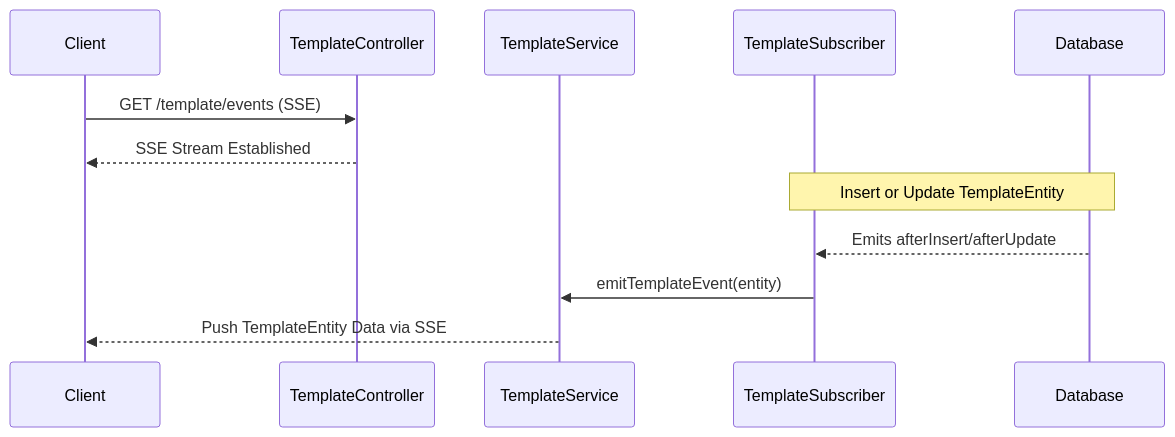
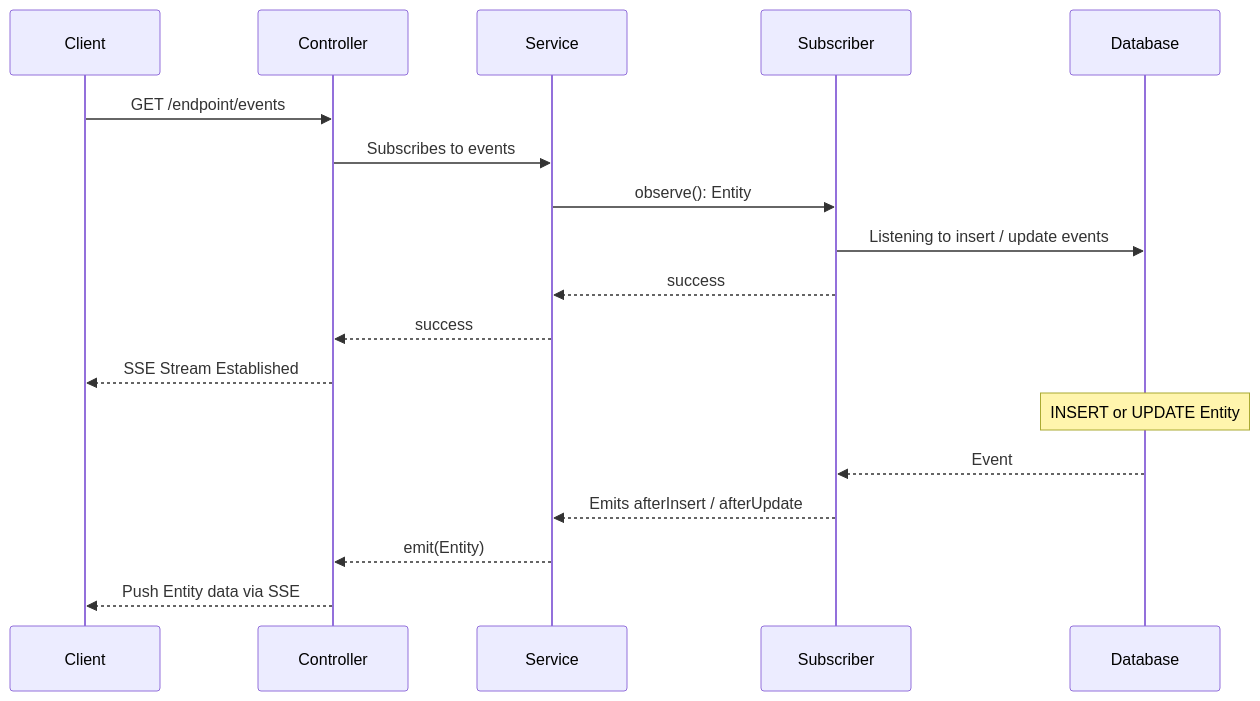
Before and after one commit to AroenvR/nestjs-demo: the diagram in src/template/README.md, drawn with Mermaid. The commit also changed other lines of this file, not shown here.

Commit message:
docs: Updated the temporary diagram

````diff
--- a/src/template/README.md
+++ b/src/template/README.md
@@ -1,17 +2,17 @@
 ```mermaid
 sequenceDiagram
-    participant Client
-    participant TemplateController
-    participant TemplateService
-    participant TemplateSubscriber
-    participant Database
+    Client->>Controller: GET /endpoint/events
+    Controller->>Service: Subscribes to events
+    Service->>Subscriber: observe(): Entity
+    Subscriber->>Database: Listening to insert / update events
+    Subscriber-->>Service: success
+    Service-->>Controller: success
+    Controller-->>Client: SSE Stream Established
 
-    Client->>TemplateController: GET /template/events (SSE)
-    TemplateController-->>Client: SSE Stream Established
+    Note over Database: INSERT or UPDATE Entity
 
-    Note over Database,TemplateSubscriber: Insert or Update TemplateEntity
-
-    Database-->>TemplateSubscriber: Emits afterInsert/afterUpdate
-    TemplateSubscriber->>TemplateService: emitTemplateEvent(entity)
-    TemplateService-->>Client: Push TemplateEntity Data via SSE
+    Database-->>Subscriber: Event
+    Subscriber-->>Service: Emits afterInsert / afterUpdate
+    Service-->>Controller: emit(Entity)
+    Controller-->>Client: Push Entity data via SSE
 ```
````
